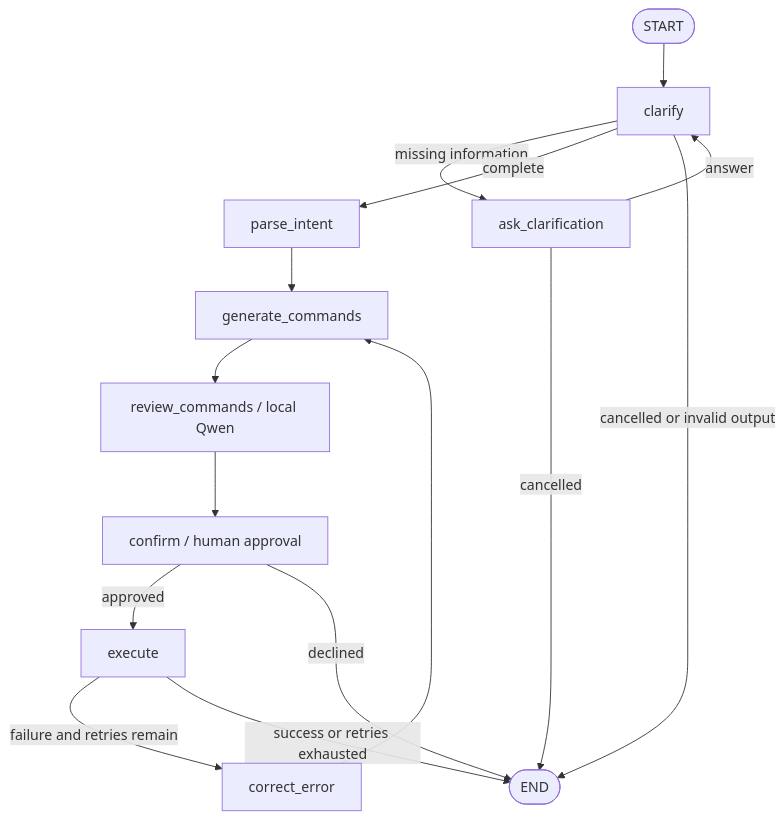
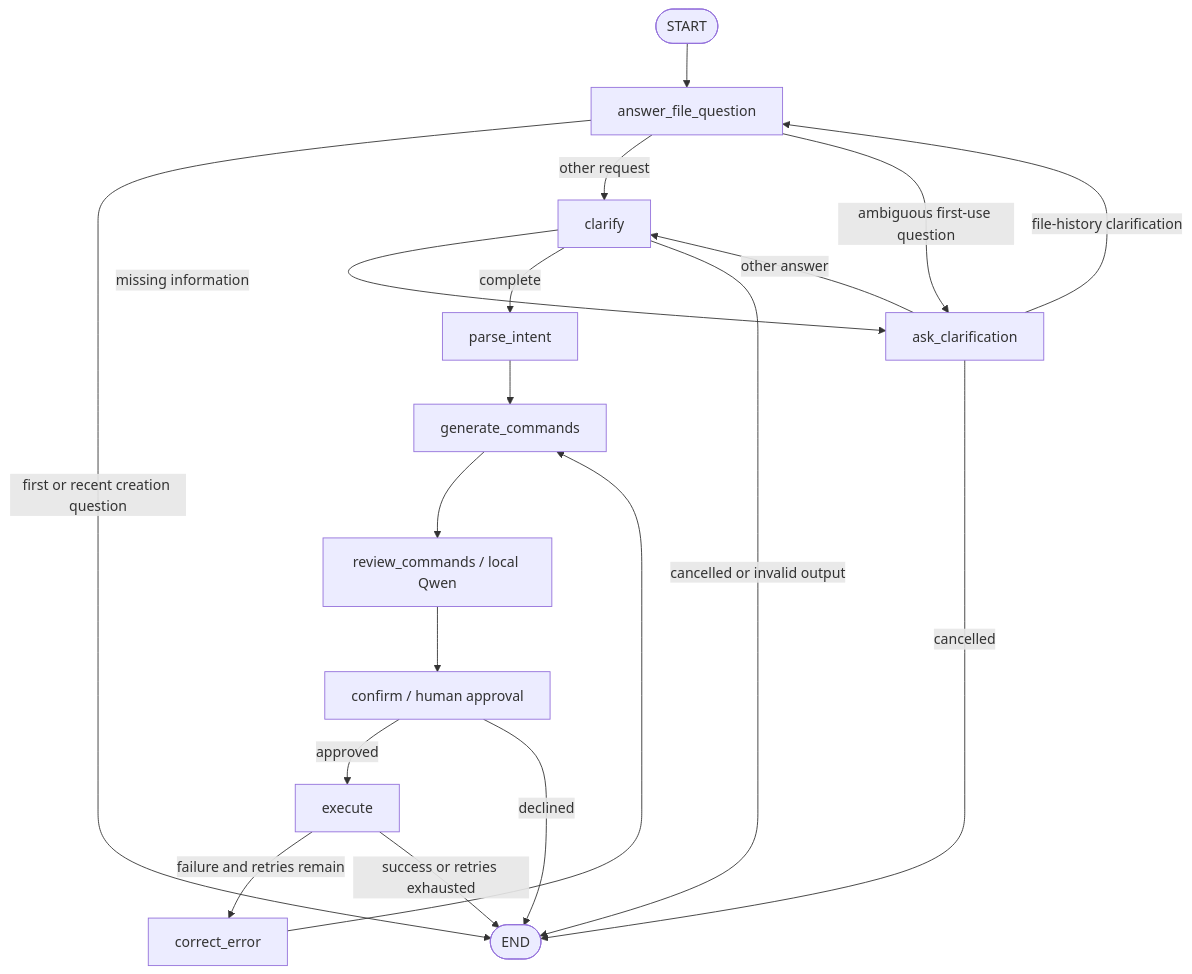
Before and after one commit to JackyYao1021/Samantha: the diagram in readme_help/langgraph_workflow.md, drawn with Mermaid. The commit also changed other lines of this file and 7 other files, not shown here.

Commit message:
fix: resolve file creation history queries from verified records

````diff
--- a/readme_help/langgraph_workflow.md
+++ b/readme_help/langgraph_workflow.md
@@ -11,17 +11,21 @@
 ```mermaid
 flowchart TD
-    start([START]) --> clarify[clarify]
+    start([START]) --> question[answer_file_question]
+    question -->|first or recent creation question| finish([END])
+    question -->|other request| clarify[clarify]
     clarify -->|missing information| ask[ask_clarification]
-    ask -->|answer| clarify
+    question -->|ambiguous first-use question| ask
+    ask -->|file-history clarification| question
+    ask -->|other answer| clarify
     clarify -->|complete| parse[parse_intent]
     parse --> generate[generate_commands]
     generate --> review[review_commands / local Qwen]
     review --> confirm[confirm / human approval]
     confirm -->|approved| execute[execute]
     execute -->|failure and retries remain| correct[correct_error]
     correct --> generate
-    execute -->|success or retries exhausted| finish([END])
+    execute -->|success or retries exhausted| finish
     clarify -->|cancelled or invalid output| finish
     ask -->|cancelled| finish
     confirm -->|declined| finish
 ```
````
